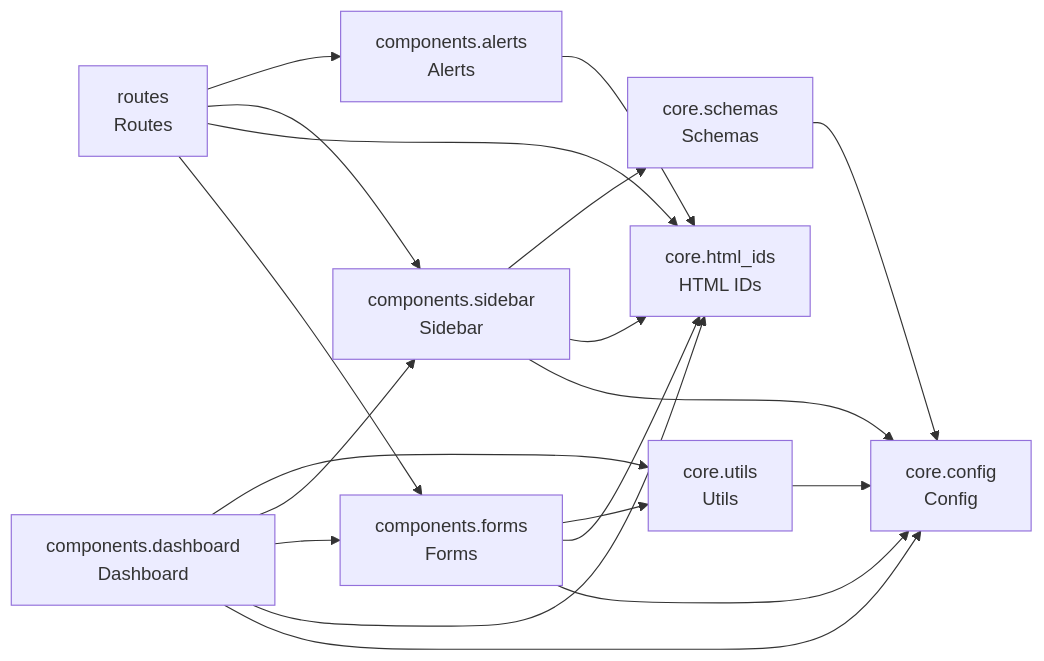
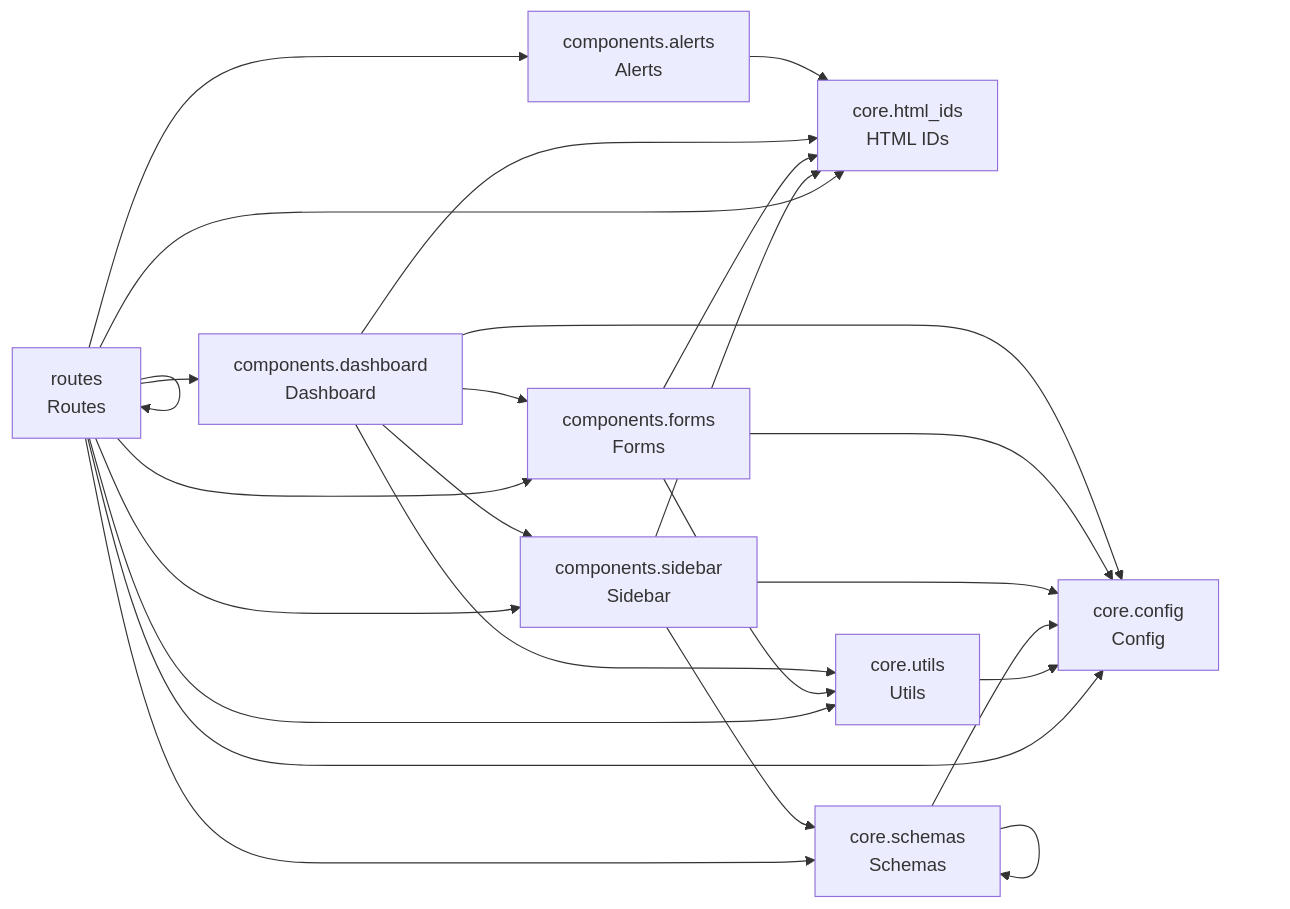
Before and after one commit to cj-mills/cjm-fasthtml-settings: the diagram in README.md, drawn with Mermaid. The commit also changed other lines of this file and 17 other files, not shown here.

````diff
--- a/README.md
+++ b/README.md
@@ -31,31 +31,37 @@
 ``` mermaid
 graph LR
     components_alerts[components.alerts<br/>Alerts]
     components_dashboard[components.dashboard<br/>Dashboard]
     components_forms[components.forms<br/>Forms]
     components_sidebar[components.sidebar<br/>Sidebar]
     core_config[core.config<br/>Config]
     core_html_ids[core.html_ids<br/>HTML IDs]
     core_schemas[core.schemas<br/>Schemas]
     core_utils[core.utils<br/>Utils]
     routes[routes<br/>Routes]
 
     components_alerts --> core_html_ids
-    components_dashboard --> core_utils
+    components_dashboard --> core_html_ids
     components_dashboard --> components_sidebar
     components_dashboard --> components_forms
-    components_dashboard --> core_html_ids
     components_dashboard --> core_config
-    components_forms --> core_utils
+    components_dashboard --> core_utils
     components_forms --> core_html_ids
     components_forms --> core_config
+    components_forms --> core_utils
+    components_sidebar --> core_html_ids
     components_sidebar --> core_schemas
-    components_sidebar --> core_html_ids
     components_sidebar --> core_config
+    core_schemas --> core_schemas
     core_schemas --> core_config
     core_utils --> core_config
-    routes --> components_alerts
-    routes --> components_sidebar
     routes --> core_html_ids
     routes --> components_forms
+    routes --> components_sidebar
+    routes --> routes
+    routes --> components_alerts
+    routes --> core_utils
+    routes --> core_config
+    routes --> components_dashboard
+    routes --> core_schemas
 ```
````
